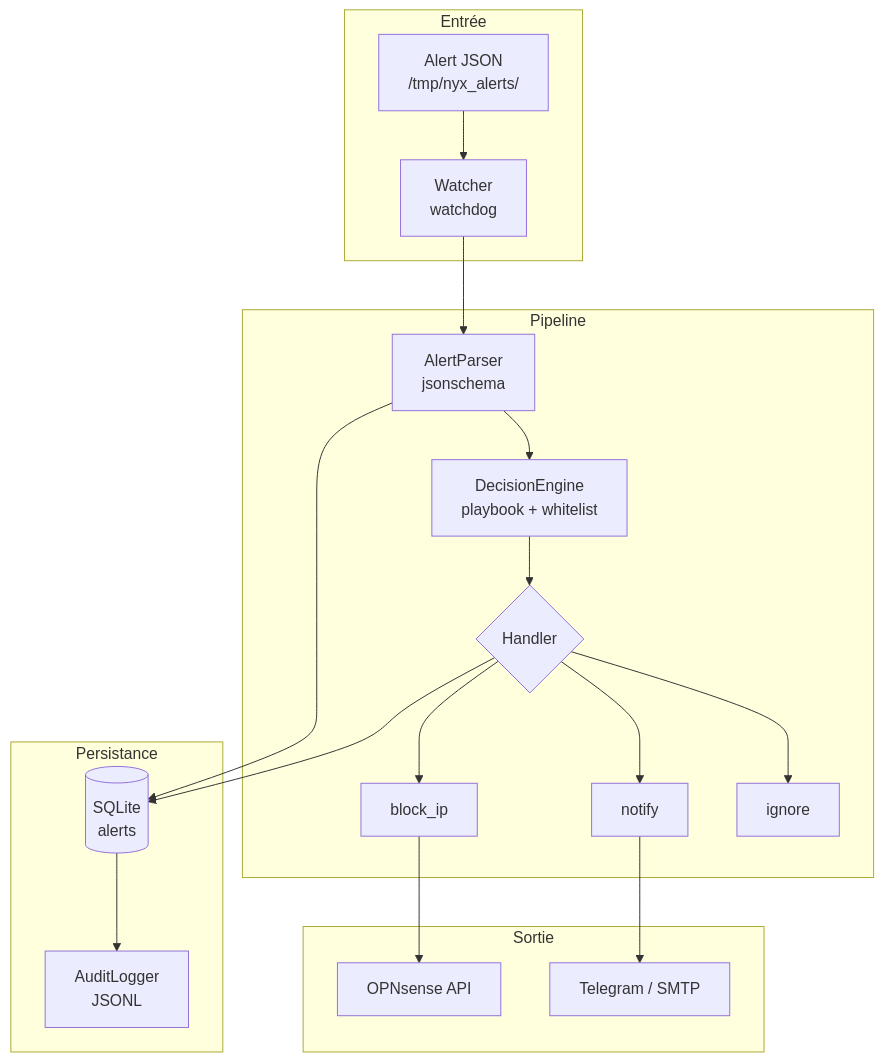
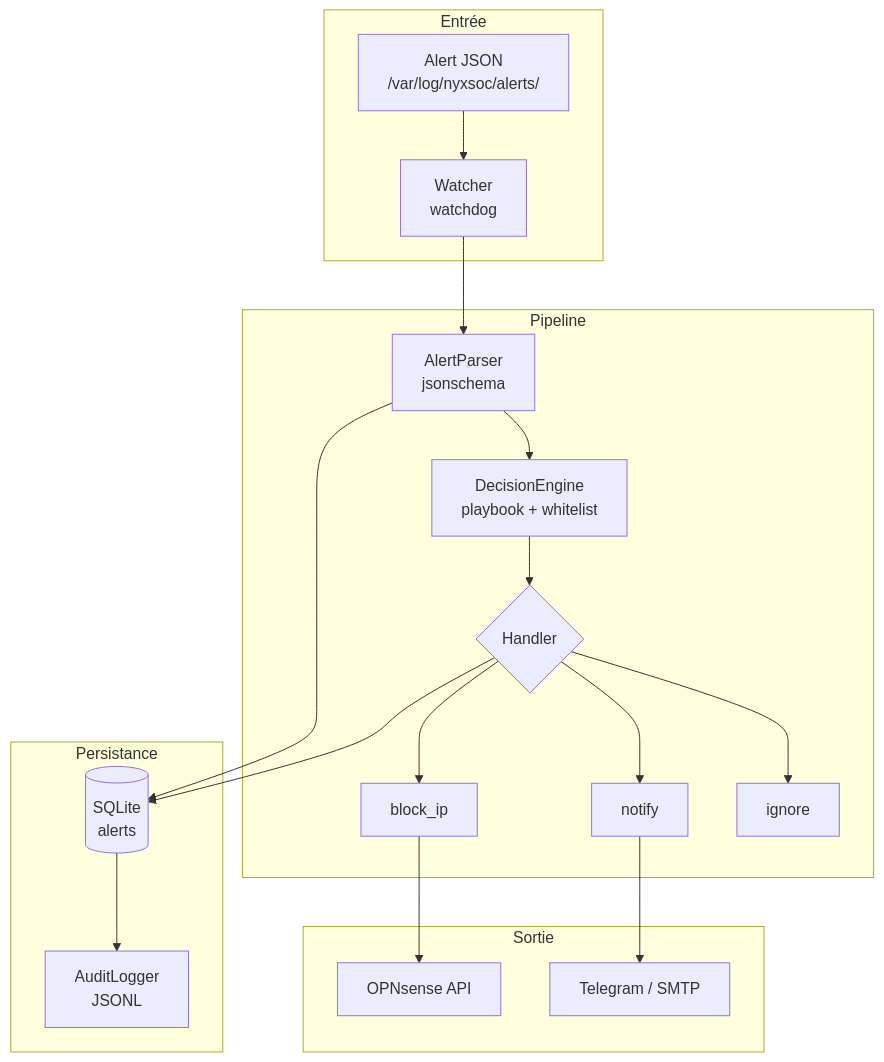
The diagram in soar/README.md (4rthur-Root/NYX), drawn with Mermaid before and after one commit. The commit also changed other lines of this file and 17 other files, not shown here.

````diff
--- a/soar/README.md
+++ b/soar/README.md
@@ -13,23 +13,23 @@
 ```mermaid
 graph TB
     subgraph Entrée
-        A[Alert JSON<br/>/tmp/nyx_alerts/] --> B[Watcher<br/>watchdog]
+        A[Alert JSON<br/>/var/log/nyxsoc/alerts/] --> B[Watcher<br/>watchdog]
     end
     subgraph Pipeline
         B --> C[AlertParser<br/>jsonschema]
         C --> D[DecisionEngine<br/>playbook + whitelist]
         D --> E{Handler}
         E --> F[block_ip]
         E --> G[notify]
         E --> H[ignore]
     end
     subgraph Sortie
         F --> I[OPNsense API]
         G --> J[Telegram / SMTP]
     end
     subgraph Persistance
         C --> K[(SQLite<br/>alerts)]
         E --> K
         K --> L[AuditLogger<br/>JSONL]
     end
 ```
````
